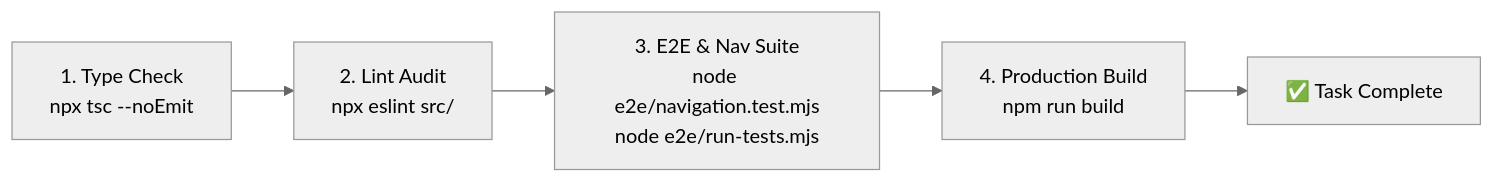
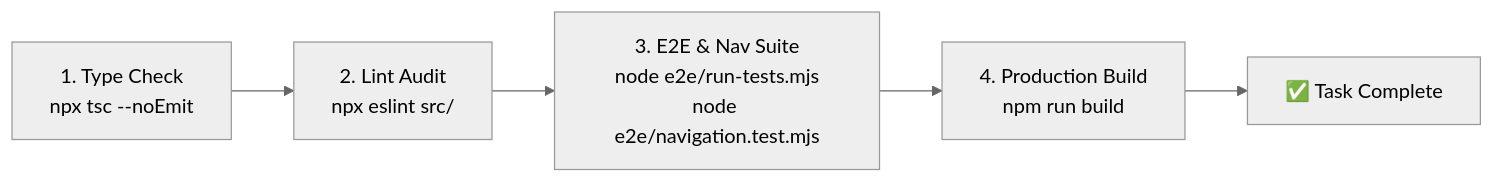
The diagram in AGENTS.md (Reinvy/aether-hud), drawn with Mermaid (neutral theme) before and after one commit. The commit also changed other lines of this file and 2 other files, not shown here.

````diff
--- a/AGENTS.md
+++ b/AGENTS.md
@@ -134,7 +139,7 @@
 ```mermaid
 flowchart LR
     A["1. Type Check<br/>npx tsc --noEmit"] --> B["2. Lint Audit<br/>npx eslint src/"]
-    B --> C["3. E2E & Nav Suite<br/>node e2e/navigation.test.mjs<br/>node e2e/run-tests.mjs"]
+    B --> C["3. E2E & Nav Suite<br/>node e2e/run-tests.mjs<br/>node e2e/navigation.test.mjs"]
     C --> D["4. Production Build<br/>npm run build"]
     D --> E["✅ Task Complete"]
 ```
````
